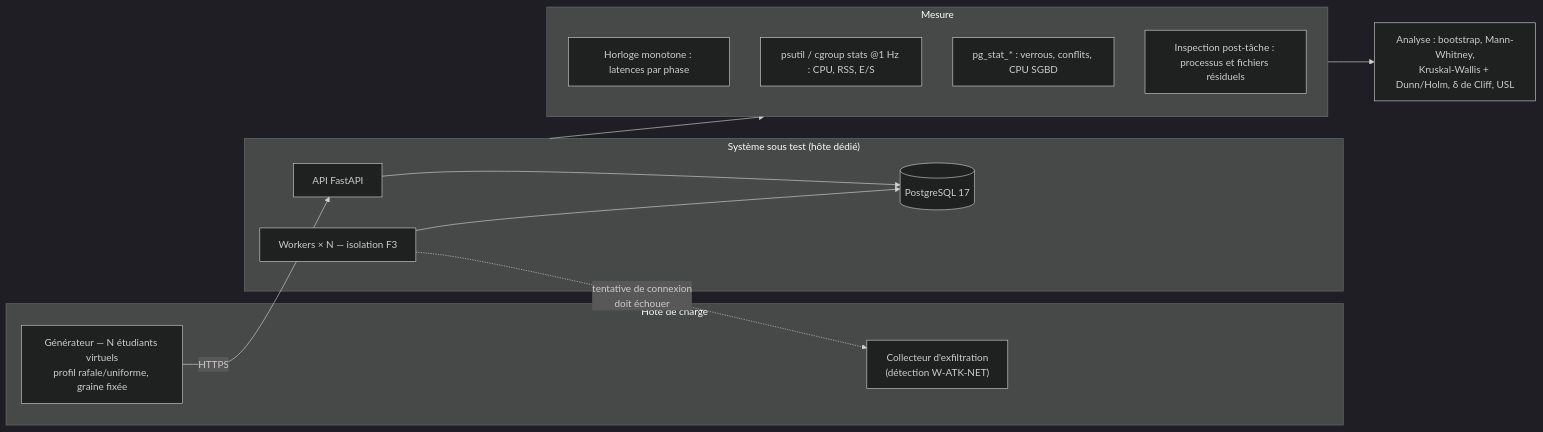
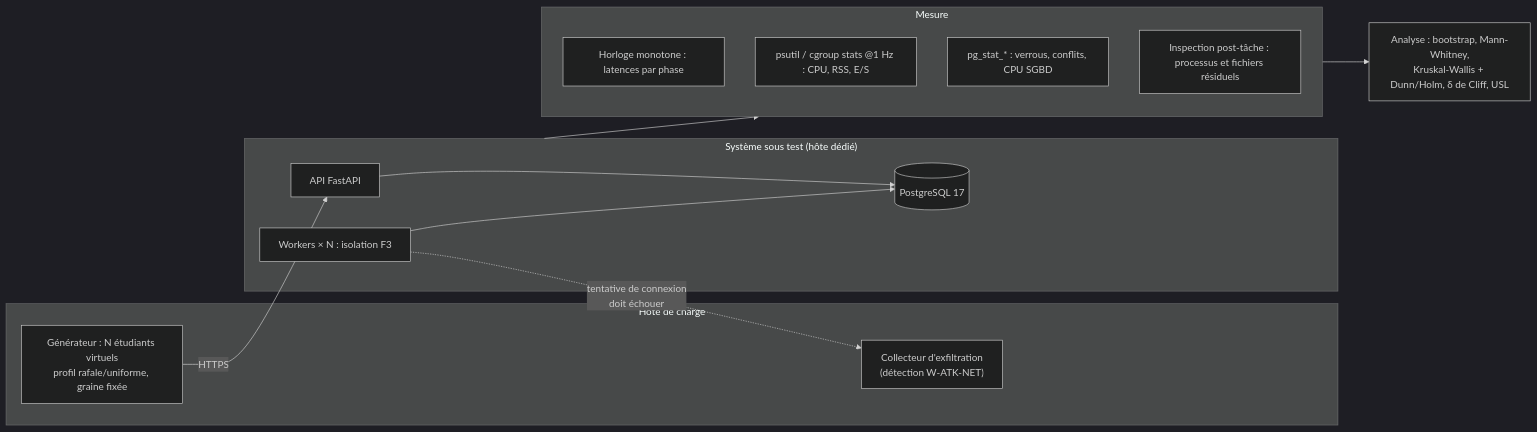
One commit to dagbokady/CodEval changed the ninth of 9 diagrams in docs/recherche/CodEval-Architecture-Research.md. Above: the diagram before and after it, drawn with Mermaid (dark theme). The commit also changed other lines of this file and 88 other files, not shown here.

````diff
--- a/docs/recherche/CodEval-Architecture-Research.md
+++ b/docs/recherche/CodEval-Architecture-Research.md
@@ -1233,27 +1233,27 @@
 ```mermaid
 graph LR
   subgraph BENCH["Hôte de charge"]
-    GEN["Générateur — N étudiants virtuels<br/>profil rafale/uniforme, graine fixée"]
+    GEN["Générateur : N étudiants virtuels<br/>profil rafale/uniforme, graine fixée"]
     COL["Collecteur d'exfiltration<br/>(détection W-ATK-NET)"]
   end
 
   subgraph SUT["Système sous test (hôte dédié)"]
     API["API FastAPI"]
     PG[("PostgreSQL 17")]
-    WP["Workers × N — isolation F3"]
+    WP["Workers × N : isolation F3"]
   end
 
   subgraph MES["Mesure"]
     M1["Horloge monotone : latences par phase"]
     M2["psutil / cgroup stats @1 Hz : CPU, RSS, E/S"]
     M3["pg_stat_* : verrous, conflits, CPU SGBD"]
     M4["Inspection post-tâche : processus et fichiers résiduels"]
   end
 
   GEN -->|HTTPS| API
   API --> PG
   WP --> PG
   WP -.->|"tentative de connexion<br/>doit échouer"| COL
   SUT --> MES
   MES --> ANA["Analyse : bootstrap, Mann-Whitney,<br/>Kruskal-Wallis + Dunn/Holm, δ de Cliff, USL"]
 ```
````
